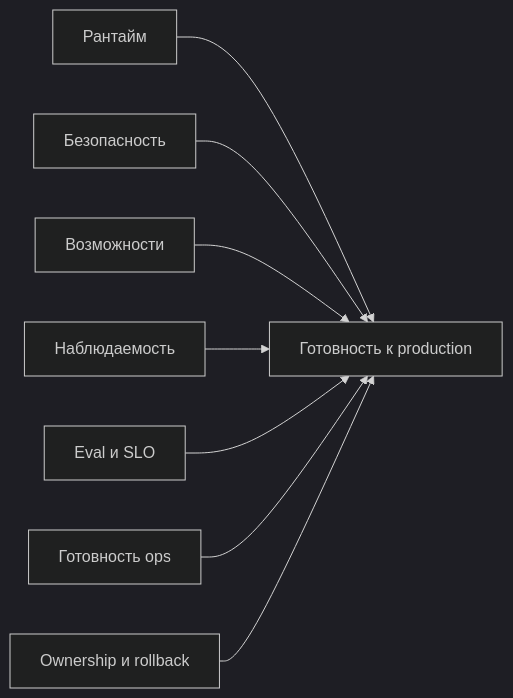
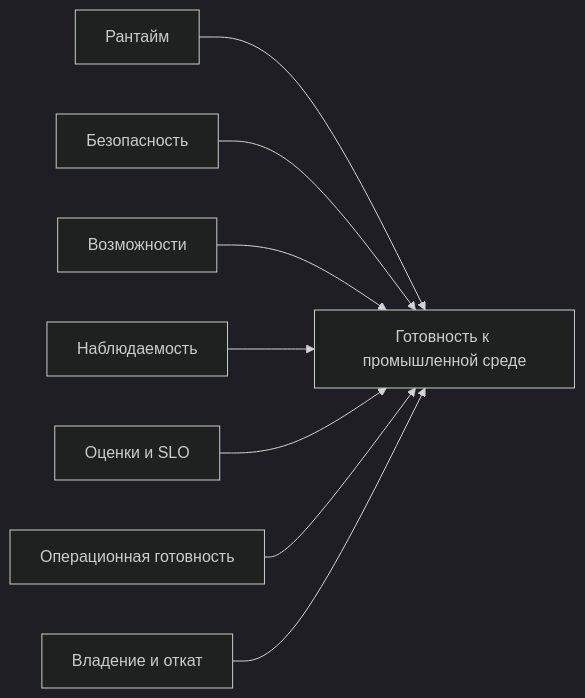
The diagram in docs/book/part-vii/chapter-18.md (agent-axiom/agent-arch), drawn with Mermaid (dark theme) before and after one commit. The commit also changed other lines of this file and 26 other files, not shown here.

````diff
--- a/docs/book/part-vii/chapter-18.md
+++ b/docs/book/part-vii/chapter-18.md
@@ -144,10 +144,10 @@
 ``` mermaid
 flowchart LR
-    A["Рантайм"] --> H["Готовность к production"]
+    A["Рантайм"] --> H["Готовность к промышленной среде"]
     B["Безопасность"] --> H
     C["Возможности"] --> H
     D["Наблюдаемость"] --> H
-    E["Eval и SLO"] --> H
-    F["Готовность ops"] --> H
-    G["Ownership и rollback"] --> H
+    E["Оценки и SLO"] --> H
+    F["Операционная готовность"] --> H
+    G["Владение и откат"] --> H
 ```
````
